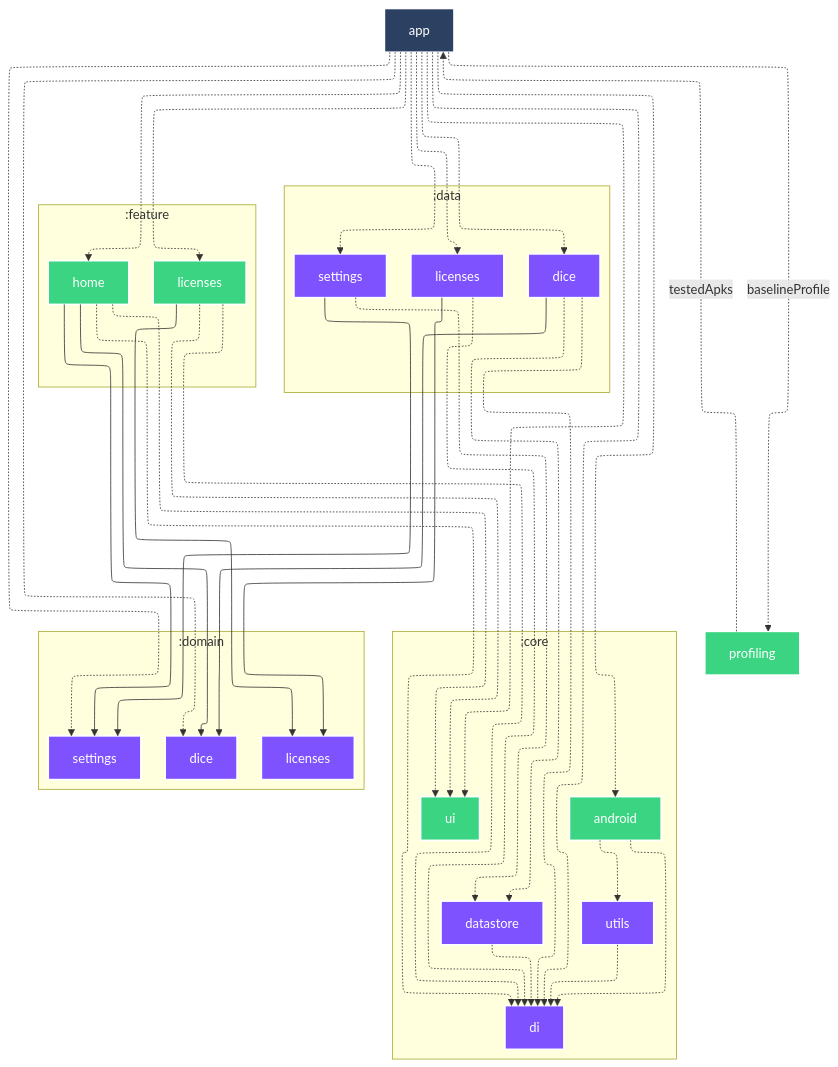
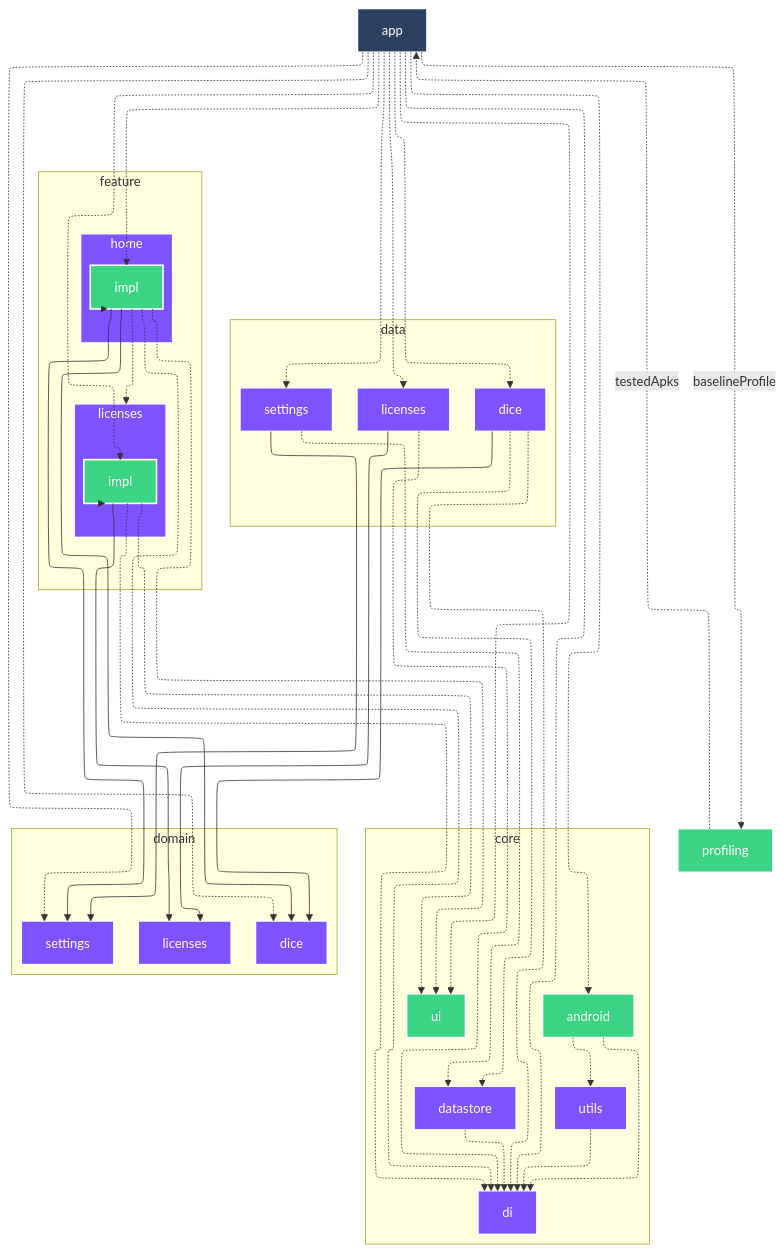
One commit to SimonMarquis/Android-Playground changed the diagram in README.md. Above: the diagram before and after it, drawn with Mermaid. The commit also changed other lines of this file and 68 other files, not shown here.

```diff
--- a/README.md
+++ b/README.md
@@ -124,7 +124,7 @@
     nodePlacementStrategy: SIMPLE
 ---
 graph TB
-  subgraph :core
+  subgraph :core [core]
     direction TB
     :core:android[android]:::android-library
     :core:datastore[datastore]:::jvm
@@ -132,22 +132,30 @@
     :core:ui[ui]:::android-library
     :core:utils[utils]:::jvm
   end
-  subgraph :domain
+  subgraph :domain [domain]
     direction TB
     :domain:dice[dice]:::jvm
     :domain:licenses[licenses]:::jvm
     :domain:settings[settings]:::jvm
   end
-  subgraph :data
+  subgraph :data [data]
     direction TB
     :data:dice[dice]:::jvm
     :data:licenses[licenses]:::jvm
     :data:settings[settings]:::jvm
   end
-  subgraph :feature
+  subgraph :feature [feature]
     direction TB
-    :feature:home[home]:::android-library
-    :feature:licenses[licenses]:::android-library
+    :feature:home[home]:::jvm
+    :feature:licenses[licenses]:::jvm
+  end
+  subgraph :feature:home [home]
+    direction TB
+    :feature:home:impl[impl]:::android-library
+  end
+  subgraph :feature:licenses [licenses]
+    direction TB
+    :feature:licenses:impl[impl]:::android-library
   end
   :profiling[profiling]:::android-test
   :app[app]:::android-application
@@ -160,8 +168,8 @@
   :app -.-> :data:settings
   :app -.-> :domain:dice
   :app -.-> :domain:settings
-  :app -.-> :feature:home
-  :app -.-> :feature:licenses
+  :app -.-> :feature:home:impl
+  :app -.-> :feature:licenses:impl
   :app -.->|baselineProfile| :profiling
   :core:android -.-> :core:di
   :core:android -.-> :core:utils
@@ -174,13 +182,16 @@
   :data:licenses ---> :domain:licenses
   :data:settings -.-> :core:datastore
   :data:settings ---> :domain:settings
-  :feature:home -.-> :core:di
-  :feature:home -.-> :core:ui
-  :feature:home ---> :domain:dice
-  :feature:home ---> :domain:settings
-  :feature:licenses -.-> :core:di
-  :feature:licenses -.-> :core:ui
-  :feature:licenses ---> :domain:licenses
+  :feature:home:impl -.-> :core:di
+  :feature:home:impl -.-> :core:ui
+  :feature:home:impl ---> :domain:dice
+  :feature:home:impl ---> :domain:settings
+  :feature:home:impl ---> :feature:home
+  :feature:home:impl -.-> :feature:licenses
+  :feature:licenses:impl -.-> :core:di
+  :feature:licenses:impl -.-> :core:ui
+  :feature:licenses:impl ---> :domain:licenses
+  :feature:licenses:impl ---> :feature:licenses
   :profiling -.->|testedApks| :app
 
 classDef android-application fill:#2C4162,stroke:#fff,stroke-width:2px,color:#fff;
```
